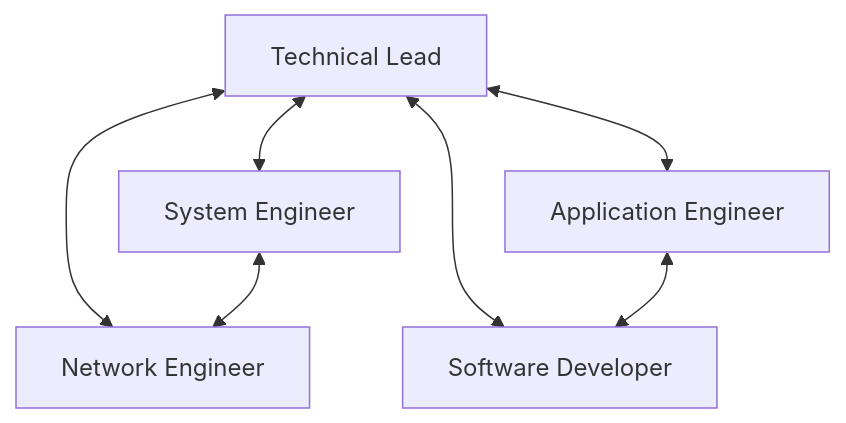
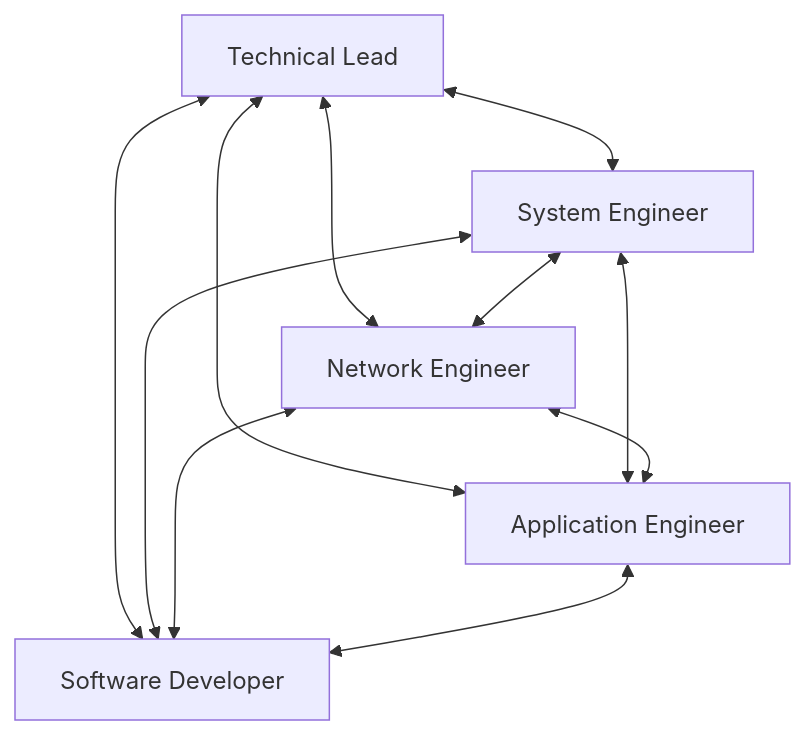
One commit to davidedimarco00/AgenticProactiveMonitor changed the fourth of 7 diagrams in docs/report/Design.md. Above: the diagram before and after it, drawn with Mermaid. The commit also changed other lines of this file and 7 other files, not shown here.

````diff
--- a/docs/report/Design.md
+++ b/docs/report/Design.md
@@ -193,15 +146,19 @@
 ```mermaid
 flowchart TB
     TL[Technical Lead]
     SE[System Engineer]
     NE[Network Engineer]
     AE[Application Engineer]
     SD[Software Developer]
 
     TL <--> SE
     TL <--> NE
     TL <--> AE
     TL <--> SD
     SE <--> NE
+    SE <--> AE
+    SE <--> SD
+    NE <--> AE
+    NE <--> SD
     AE <--> SD
 ```
````
